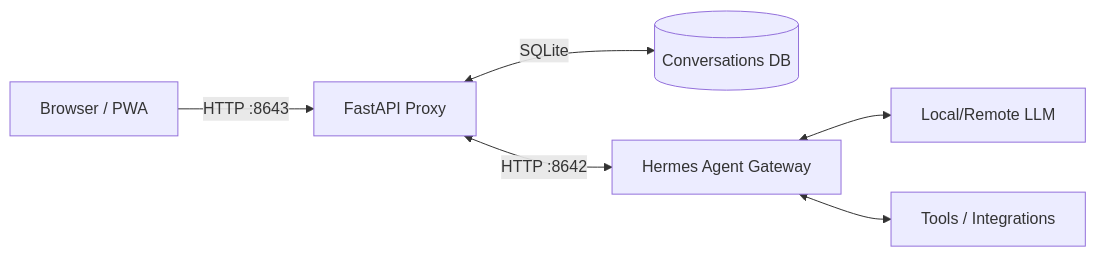
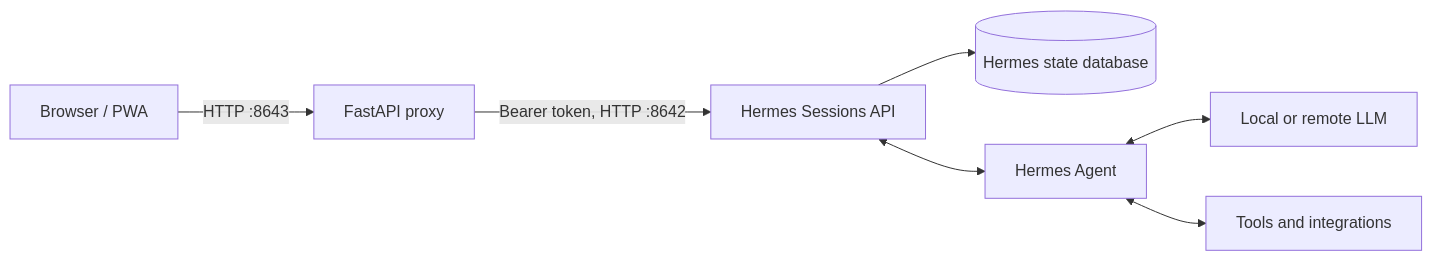
Before and after one commit to lukegskw/hermes-chat-ui: the diagram in README.md, drawn with Mermaid. The commit also changed other lines of this file and 112 other files, not shown here.

````diff
--- a/README.md
+++ b/README.md
@@ -107,8 +53,9 @@
 ```mermaid
 graph LR
-    Browser[Browser / PWA] -->|HTTP :8643| Proxy[FastAPI Proxy]
-    Proxy <-->|SQLite| DB[(Conversations DB)]
-    Proxy <-->|HTTP :8642| Gateway[Hermes Agent Gateway]
-    Gateway <--> LLM[Local/Remote LLM]
-    Gateway <--> Tools[Tools / Integrations]
+    Browser[Browser / PWA] -->|HTTP :8643| Proxy[FastAPI proxy]
+    Proxy -->|Bearer token, HTTP :8642| API[Hermes Sessions API]
+    API --> DB[(Hermes state database)]
+    API <--> Agent[Hermes Agent]
+    Agent <--> LLM[Local or remote LLM]
+    Agent <--> Tools[Tools and integrations]
 ```
````
